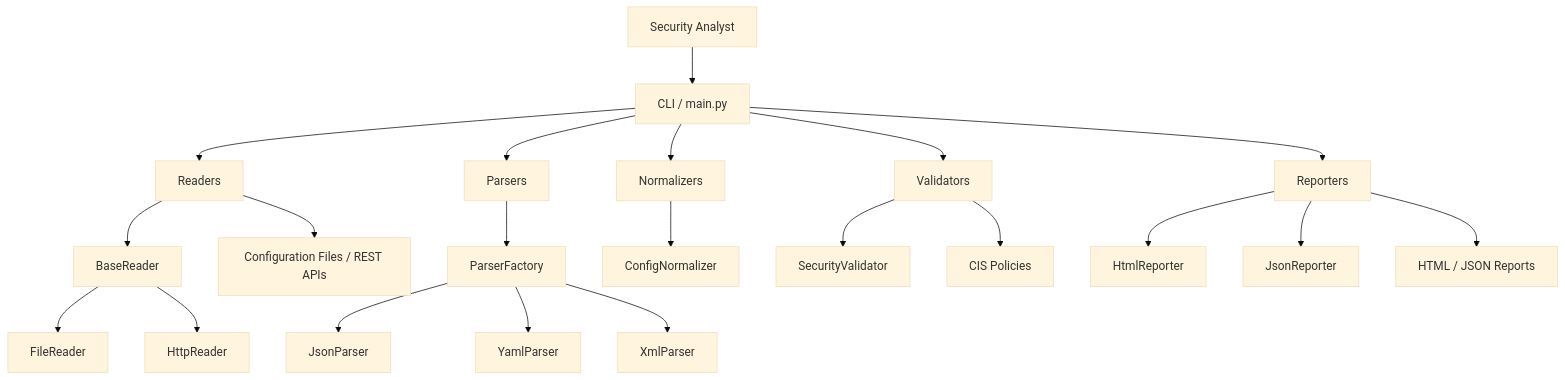
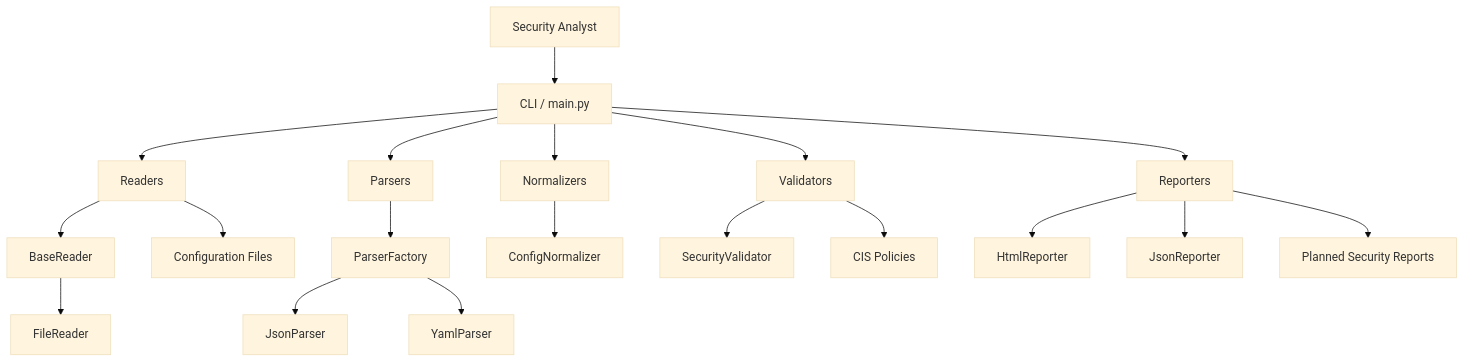
Before and after one commit to truongtranit/security-configuration-inspector: the first of 4 diagrams in docs/architecture.md, drawn with Mermaid (base theme). The commit also changed other lines of this file and 9 other files, not shown here.

````diff
--- a/docs/architecture.md
+++ b/docs/architecture.md
@@ -2,36 +3,33 @@
-```mermaid
+``` mermaid
 graph TD
 
     User["Security Analyst"]
 
     User --> CLI["CLI / main.py"]
 
     CLI --> Readers
     CLI --> Parsers
     CLI --> Normalizers
     CLI --> Validators
     CLI --> Reporters
 
     Readers --> BaseReader
     BaseReader --> FileReader
-    BaseReader --> HttpReader
 
     Parsers --> ParserFactory
     ParserFactory --> JsonParser
     ParserFactory --> YamlParser
-    ParserFactory --> XmlParser
 
     Normalizers --> ConfigNormalizer
 
     Validators --> SecurityValidator
 
     Reporters --> HtmlReporter
     Reporters --> JsonReporter
 
     Validators --> Policies["CIS Policies"]
 
-    Readers --> Resources["Configuration Files / REST APIs"]
+    Readers --> Resources["Configuration Files"]
 
-    Reporters --> Reports["HTML / JSON Reports"]
-
+    Reporters --> Reports["Planned Security Reports"]
 ```
````
